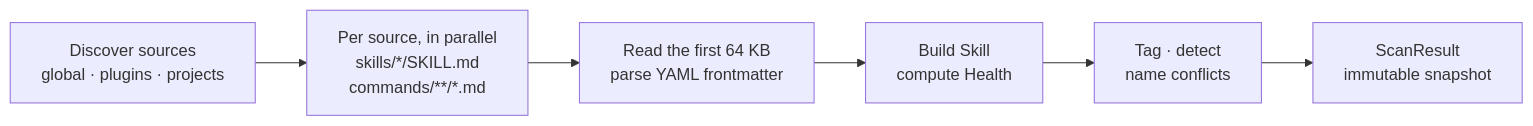
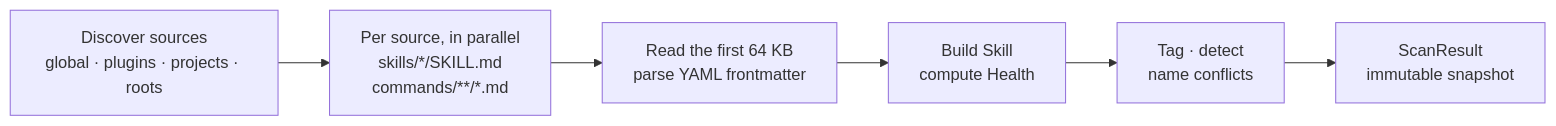
The second of 2 diagrams in README.md (sburdenko/lustrum), drawn with Mermaid before and after one commit. The commit also changed other lines of this file and 6 other files, not shown here.

````diff
--- a/README.md
+++ b/README.md
@@ -133,8 +160,8 @@
 ```mermaid
 flowchart LR
-    A["Discover sources<br/>global · plugins · projects"] --> B["Per source, in parallel<br/>skills/*/SKILL.md<br/>commands/**/*.md"]
+    A["Discover sources<br/>global · plugins · projects · roots"] --> B["Per source, in parallel<br/>skills/*/SKILL.md<br/>commands/**/*.md"]
     B --> C["Read the first 64 KB<br/>parse YAML frontmatter"]
     C --> D["Build Skill<br/>compute Health"]
     D --> E["Tag · detect<br/>name conflicts"]
     E --> F["ScanResult<br/>immutable snapshot"]
 ```
````
